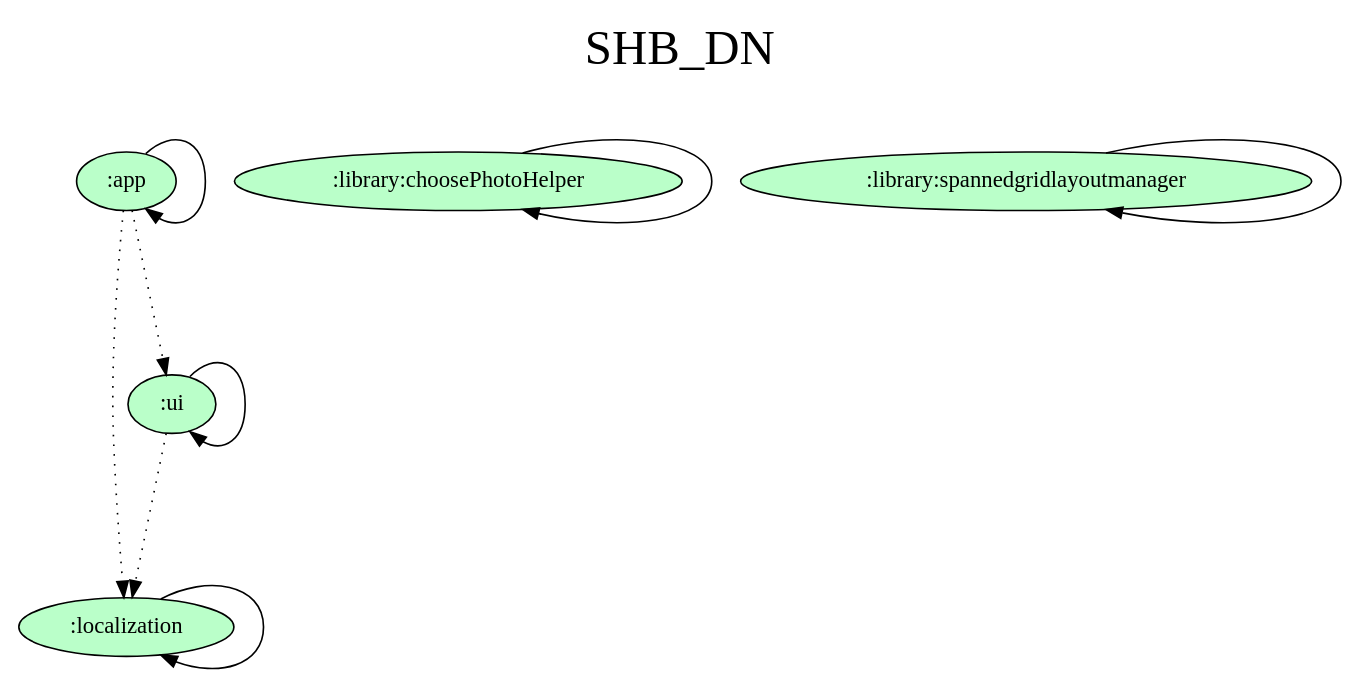
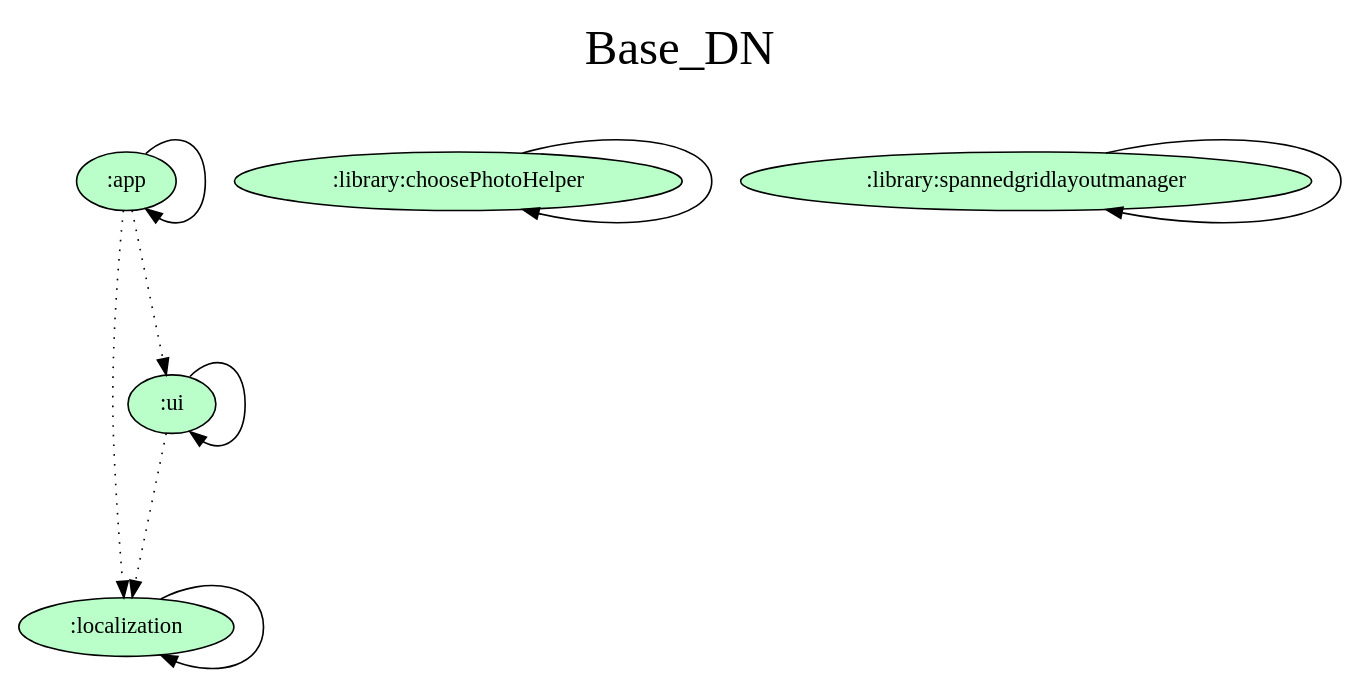
One commit to datbuilds/MobileBase changed the diagram in gradle/dependency-graph/project.dot. Above: the diagram before and after it, drawn with Graphviz. The commit also changed 77 other files, not shown here.

```diff
--- a/gradle/dependency-graph/project.dot
+++ b/gradle/dependency-graph/project.dot
@@ -1,26 +1,26 @@
 digraph {
-  graph [label="SHB_DN\n ",labelloc=t,fontsize=30,ranksep=1.4];
+  graph [label="Base_DN\n ",labelloc=t,fontsize=30,ranksep=1.4];
   node [style=filled, fillcolor="#bbbbbb"];
   rankdir=TB;
 
   # Projects
 
   ":app" [fillcolor="#baffc9"];
   ":library:choosePhotoHelper" [fillcolor="#baffc9"];
   ":library:spannedgridlayoutmanager" [fillcolor="#baffc9"];
   ":localization" [fillcolor="#baffc9"];
   ":ui" [fillcolor="#baffc9"];
 
   {rank = same;}
 
   # Dependencies
 
   ":app" -> ":app"
   ":app" -> ":ui" [style=dotted]
   ":app" -> ":localization" [style=dotted]
   ":localization" -> ":localization"
   ":ui" -> ":ui"
   ":ui" -> ":localization" [style=dotted]
   ":library:choosePhotoHelper" -> ":library:choosePhotoHelper"
   ":library:spannedgridlayoutmanager" -> ":library:spannedgridlayoutmanager"
 }
```
